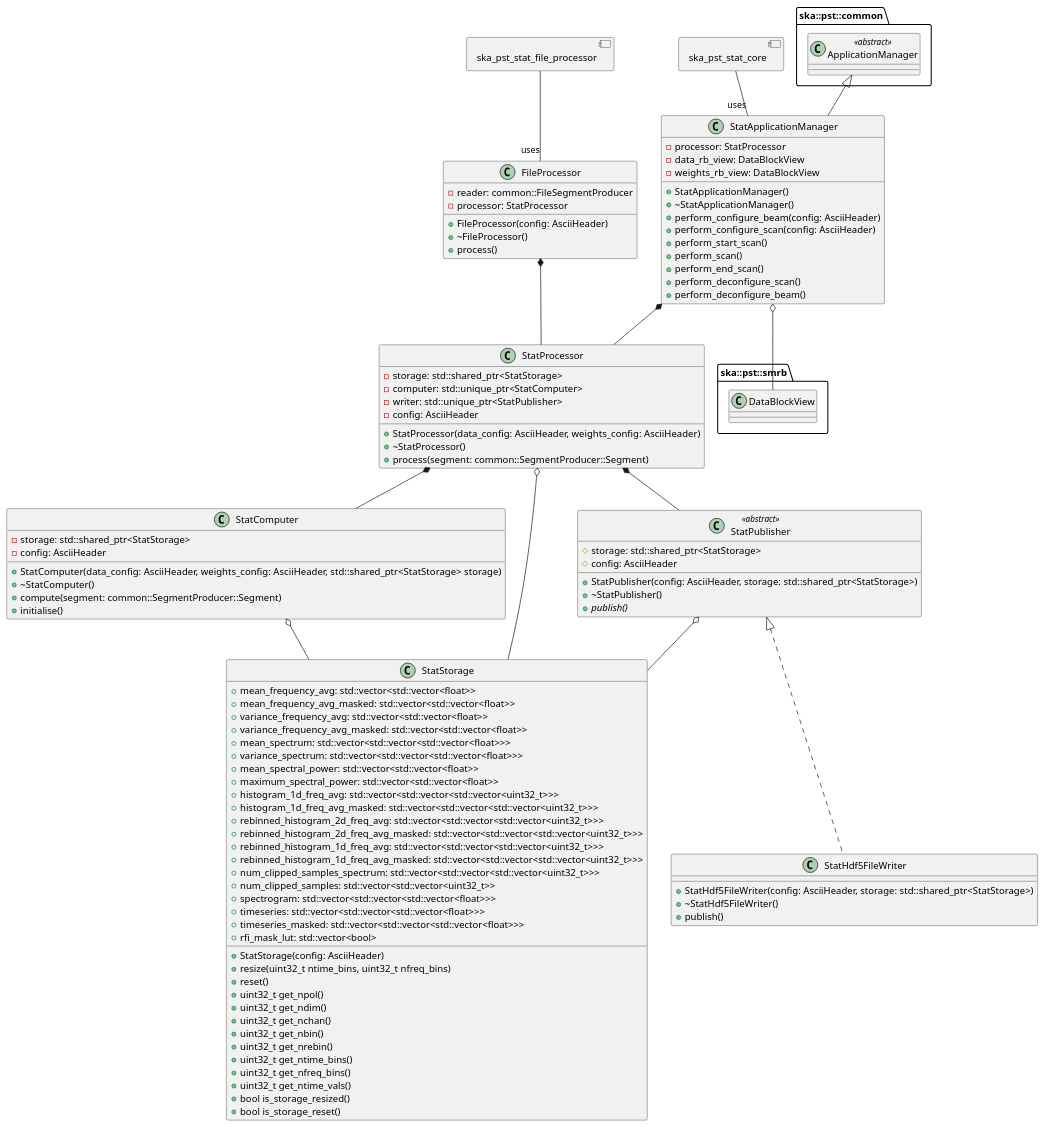
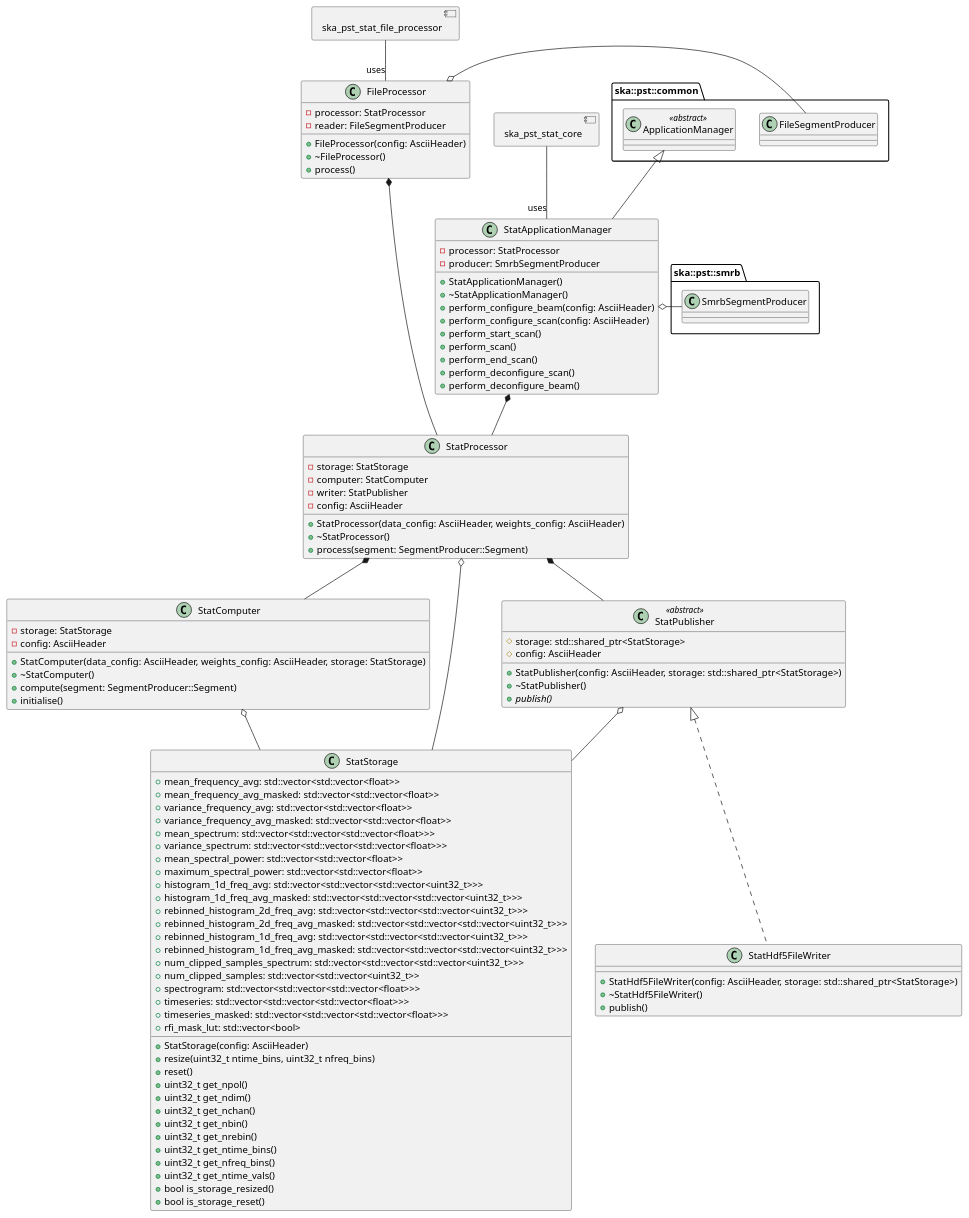
One commit to ska-telescope/ska-pst-stat changed the diagram in docs/src/architecture/class_diagram.puml. Above: the diagram before and after it, drawn with PlantUML. The commit also changed 5 other files, not shown here.

Commit message:
AT3-420 architecture updated to use SmrbSegmentProducer

```diff
--- a/docs/src/architecture/class_diagram.puml
+++ b/docs/src/architecture/class_diagram.puml
@@ -1,121 +1,124 @@
 @startuml PST Stat Class Diagram
 allow_mixing
 
-package ska::pst::common {
+package ska::pst::common 
+{
   class ApplicationManager <<abstract>>
+  class FileSegmentProducer
+}
 
-}
-package ska::pst::smrb {
-  class DataBlockView
+package ska::pst::smrb 
+{
+  class SmrbSegmentProducer
 }
 
 class StatApplicationManager {
   + StatApplicationManager()
   + ~StatApplicationManager()
   + perform_configure_beam(config: AsciiHeader)
   + perform_configure_scan(config: AsciiHeader)
   + perform_start_scan()
   + perform_scan()
   + perform_end_scan()
   + perform_deconfigure_scan()
   + perform_deconfigure_beam()
   - processor: StatProcessor
-  - data_rb_view: DataBlockView
-  - weights_rb_view: DataBlockView
+  - producer: SmrbSegmentProducer
 }
 
 class FileProcessor {
   + FileProcessor(config: AsciiHeader)
   + ~FileProcessor()
   + process()
-  - reader: common::FileSegmentProducer
   - processor: StatProcessor
+  - reader: FileSegmentProducer
 }
 
 class StatProcessor {
   + StatProcessor(data_config: AsciiHeader, weights_config: AsciiHeader)
   + ~StatProcessor()
-  + process(segment: common::SegmentProducer::Segment)
-  - storage: std::shared_ptr<StatStorage>
-  - computer: std::unique_ptr<StatComputer>
-  - writer: std::unique_ptr<StatPublisher>
+  + process(segment: SegmentProducer::Segment)
+  - storage: StatStorage
+  - computer: StatComputer
+  - writer: StatPublisher
   - config: AsciiHeader
 }
 
 class StatComputer {
-  + StatComputer(data_config: AsciiHeader, weights_config: AsciiHeader, std::shared_ptr<StatStorage> storage)
+  + StatComputer(data_config: AsciiHeader, weights_config: AsciiHeader, storage: StatStorage)
   + ~StatComputer()
-  + compute(segment: common::SegmentProducer::Segment)
+  + compute(segment: SegmentProducer::Segment)
   + initialise()
-  - storage: std::shared_ptr<StatStorage>
+  - storage: StatStorage
   - config: AsciiHeader
 }
 
 class StatStorage {
   + StatStorage(config: AsciiHeader)
   + resize(uint32_t ntime_bins, uint32_t nfreq_bins)
   + reset()
   + uint32_t get_npol()
   + uint32_t get_ndim()
   + uint32_t get_nchan()
   + uint32_t get_nbin()
   + uint32_t get_nrebin()
   + uint32_t get_ntime_bins()
   + uint32_t get_nfreq_bins()
   + uint32_t get_ntime_vals()
   + bool is_storage_resized()
   + bool is_storage_reset()
   + mean_frequency_avg: std::vector<std::vector<float>>
   + mean_frequency_avg_masked: std::vector<std::vector<float>>
   + variance_frequency_avg: std::vector<std::vector<float>>
   + variance_frequency_avg_masked: std::vector<std::vector<float>>
   + mean_spectrum: std::vector<std::vector<std::vector<float>>>
   + variance_spectrum: std::vector<std::vector<std::vector<float>>>
   + mean_spectral_power: std::vector<std::vector<float>>
   + maximum_spectral_power: std::vector<std::vector<float>>
   + histogram_1d_freq_avg: std::vector<std::vector<std::vector<uint32_t>>>
   + histogram_1d_freq_avg_masked: std::vector<std::vector<std::vector<uint32_t>>>
   + rebinned_histogram_2d_freq_avg: std::vector<std::vector<std::vector<uint32_t>>>
   + rebinned_histogram_2d_freq_avg_masked: std::vector<std::vector<std::vector<uint32_t>>>
   + rebinned_histogram_1d_freq_avg: std::vector<std::vector<std::vector<uint32_t>>>
   + rebinned_histogram_1d_freq_avg_masked: std::vector<std::vector<std::vector<uint32_t>>>
   + num_clipped_samples_spectrum: std::vector<std::vector<std::vector<uint32_t>>>
   + num_clipped_samples: std::vector<std::vector<uint32_t>>
   + spectrogram: std::vector<std::vector<std::vector<float>>>
   + timeseries: std::vector<std::vector<std::vector<float>>>
   + timeseries_masked: std::vector<std::vector<std::vector<float>>>
   + rfi_mask_lut: std::vector<bool>
 }
 
 class StatPublisher <<abstract>> {
   # storage: std::shared_ptr<StatStorage>
   # config: AsciiHeader
   + StatPublisher(config: AsciiHeader, storage: std::shared_ptr<StatStorage>)
   + ~StatPublisher()
   {abstract} + publish()
 }
 
 class StatHdf5FileWriter implements StatPublisher {
   + StatHdf5FileWriter(config: AsciiHeader, storage: std::shared_ptr<StatStorage>)
   + ~StatHdf5FileWriter()
   + publish()
 }
 
 StatProcessor *-- StatComputer
 StatProcessor *-- StatPublisher
 StatProcessor o-- StatStorage
 StatComputer o-- StatStorage
 StatPublisher o-- StatStorage
 
 ApplicationManager <|-- StatApplicationManager
-StatApplicationManager o-- DataBlockView
+StatApplicationManager o- SmrbSegmentProducer
 StatApplicationManager *-- StatProcessor
 
 FileProcessor *-- StatProcessor
+FileProcessor o- FileSegmentProducer
 
 component ska_pst_stat_core
 ska_pst_stat_core -- "uses" StatApplicationManager
 component ska_pst_stat_file_processor
 ska_pst_stat_file_processor -- "uses" FileProcessor
 
 @enduml
```
